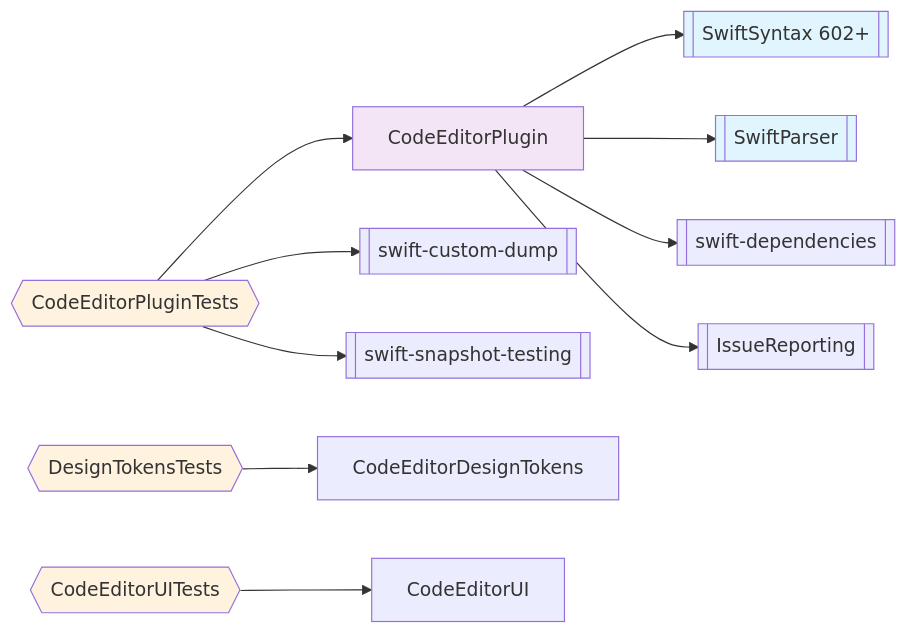
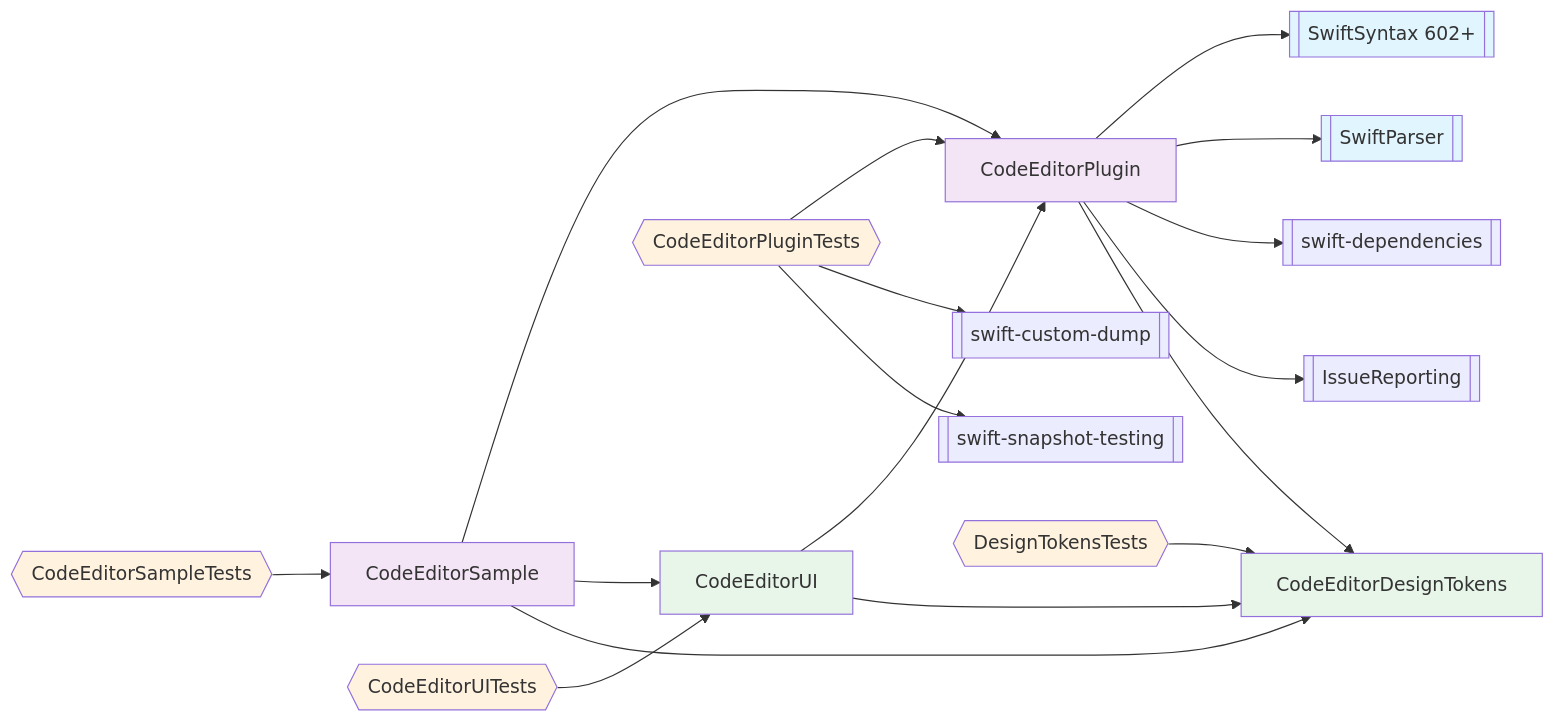
The second of 2 diagrams in docs/Diagrams/25-package-dependencies.md (ajmcclary/CodeEditorKit), drawn with Mermaid before and after one commit. The commit also changed other lines of this file and 24 other files, not shown here.

````diff
--- a/docs/Diagrams/25-package-dependencies.md
+++ b/docs/Diagrams/25-package-dependencies.md
@@ -38,19 +47,30 @@
 ```mermaid
 flowchart LR
     CodeEditorPlugin-->SwiftSyntax[[SwiftSyntax 602+]]
     CodeEditorPlugin-->SwiftParser[[SwiftParser]]
     CodeEditorPlugin-->Dependencies[[swift-dependencies]]
     CodeEditorPlugin-->IssueReporting[[IssueReporting]]
+    CodeEditorPlugin-->CodeEditorDesignTokens
+    CodeEditorUI-->CodeEditorPlugin
+    CodeEditorUI-->CodeEditorDesignTokens
+    CodeEditorSample-->CodeEditorPlugin
+    CodeEditorSample-->CodeEditorUI
+    CodeEditorSample-->CodeEditorDesignTokens
     CodeEditorPluginTests{{CodeEditorPluginTests}}-->CodeEditorPlugin
     CodeEditorPluginTests-->CustomDump[[swift-custom-dump]]
     CodeEditorPluginTests-->SnapshotTesting[[swift-snapshot-testing]]
     CodeEditorDesignTokensTests{{DesignTokensTests}}-->CodeEditorDesignTokens
     CodeEditorUITests{{CodeEditorUITests}}-->CodeEditorUI
+    CodeEditorSampleTests{{CodeEditorSampleTests}}-->CodeEditorSample
 
     style SwiftSyntax fill:#e1f5fe
     style SwiftParser fill:#e1f5fe
+    style CodeEditorDesignTokens fill:#e8f5e9
+    style CodeEditorUI fill:#e8f5e9
     style CodeEditorPlugin fill:#f3e5f5
+    style CodeEditorSample fill:#f3e5f5
     style CodeEditorPluginTests fill:#fff3e0
     style CodeEditorDesignTokensTests fill:#fff3e0
     style CodeEditorUITests fill:#fff3e0
+    style CodeEditorSampleTests fill:#fff3e0
 ```
````
